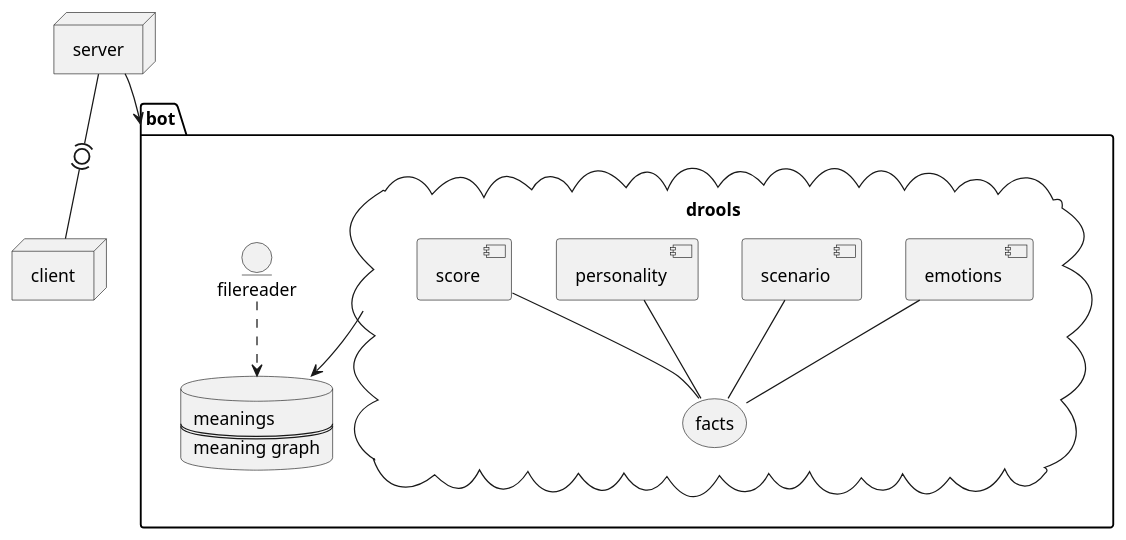
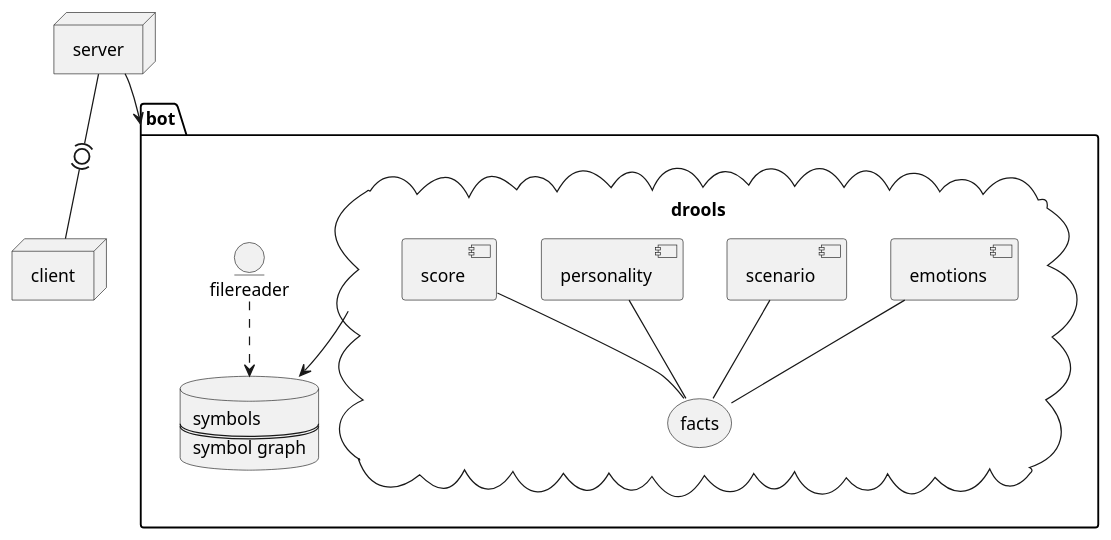
Before and after one commit to jappeace/methods-homework: the ninth of 10 diagrams in thesis/thesis.org, drawn with PlantUML. The commit also changed other lines of this file, not shown here.

```diff
--- a/thesis/thesis.org
+++ b/thesis/thesis.org
@@ -1836,29 +1847,29 @@
 #+BEGIN_SRC plantuml :cache yes :file img/uml/architecture-concept.png :exports results
 
   folder bot{
   cloud drools {
     component emotions
     component scenario
     component personality
     component score
     storage facts
     emotions -- facts
     scenario -- facts
     personality -- facts
     score -- facts
   }
   database meanings [
-    meanings
+    symbols
     ====
-    meaning graph
+    symbol graph
   ]
   entity filereader
   filereader ..> meanings
   drools --> meanings
   }
   node server
   node client
 
   server --> bot
   server -(0)- client
 #+END_SRC
```
